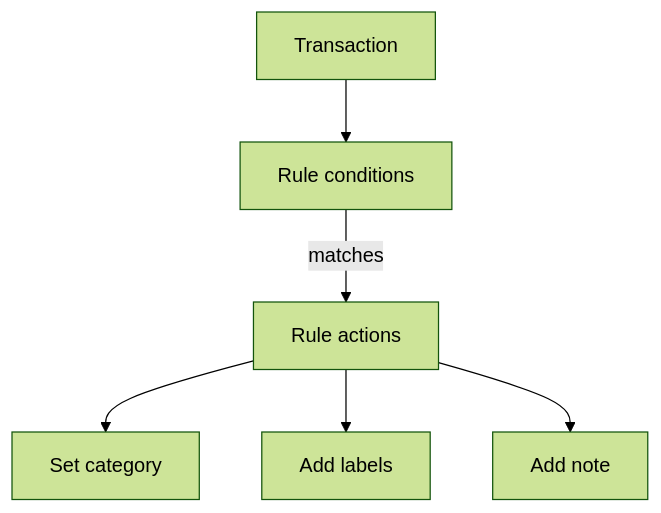
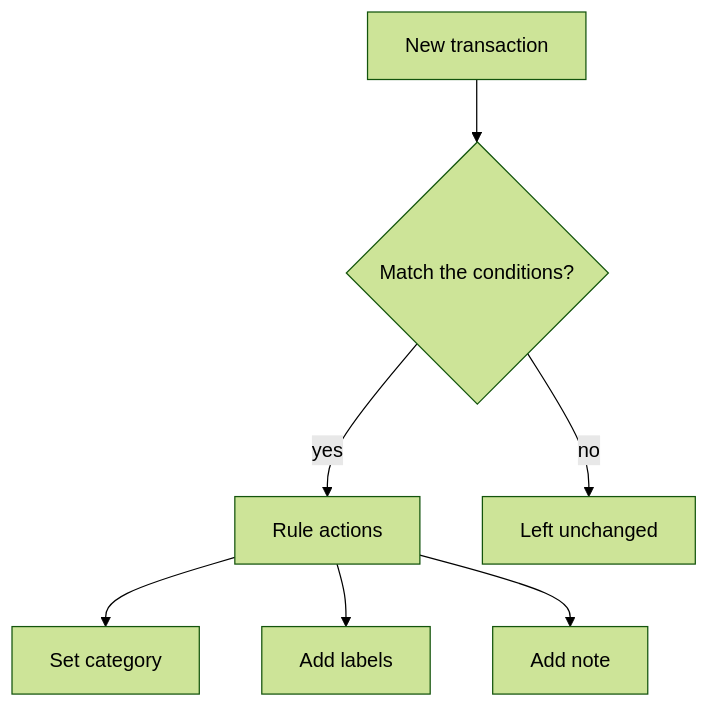
One commit to whisper-money/whisper-money changed the diagram in resources/docs/documentation/30-organization/20-automation-rules-en.md. Above: the diagram before and after it, drawn with Mermaid (forest theme). The commit also changed 36 other files, not shown here.

````diff
--- a/resources/docs/documentation/30-organization/20-automation-rules-en.md
+++ b/resources/docs/documentation/30-organization/20-automation-rules-en.md
@@ -17,8 +17,10 @@
 ```mermaid
 flowchart TD
-    transaction[Transaction] --> conditions[Rule conditions]
-    conditions -->|matches| actions[Rule actions]
+    %% diagram: rule-flow-en
+    transaction[New transaction] --> conditions{Match the conditions?}
+    conditions -->|yes| actions[Rule actions]
+    conditions -->|no| unchanged[Left unchanged]
     actions --> category[Set category]
     actions --> labels[Add labels]
     actions --> note[Add note]
 ```
````
